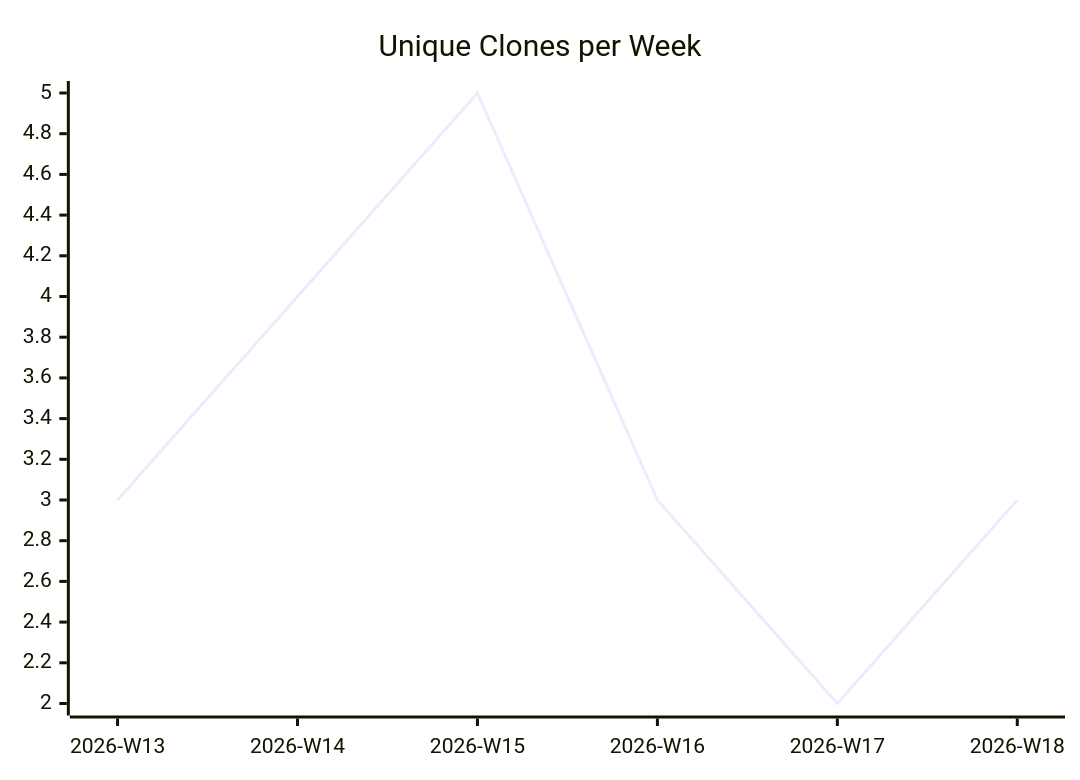
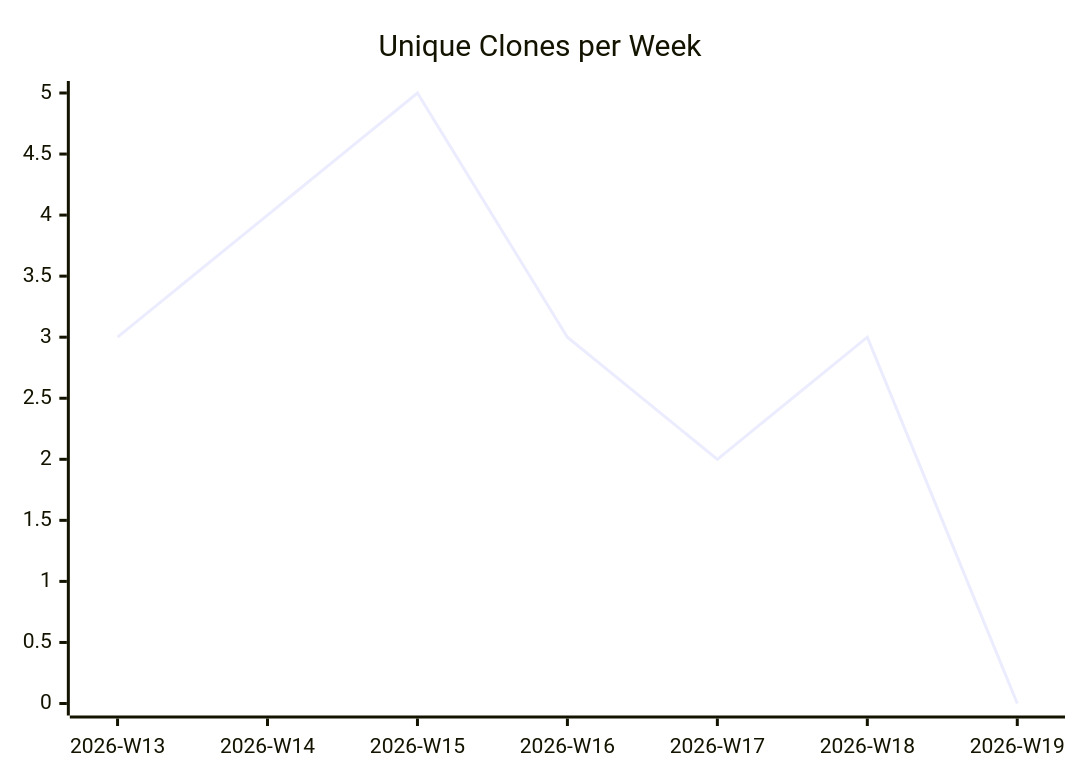
The third of 3 diagrams in karlmdavis/justdavis-karl/README.md (justdavis-family/github-analytics-data), drawn with Mermaid before and after one commit. The commit also changed other lines of this file and 187 other files, not shown here.

````diff
--- a/karlmdavis/justdavis-karl/README.md
+++ b/karlmdavis/justdavis-karl/README.md
@@ -19,6 +19,6 @@
 ```mermaid
 xychart-beta
   title "Unique Clones per Week"
-  x-axis ["2026-W13", "2026-W14", "2026-W15", "2026-W16", "2026-W17", "2026-W18"]
-  line [3, 4, 5, 3, 2, 3]
+  x-axis ["2026-W13", "2026-W14", "2026-W15", "2026-W16", "2026-W17", "2026-W18", "2026-W19"]
+  line [3, 4, 5, 3, 2, 3, 0]
 ```
````
